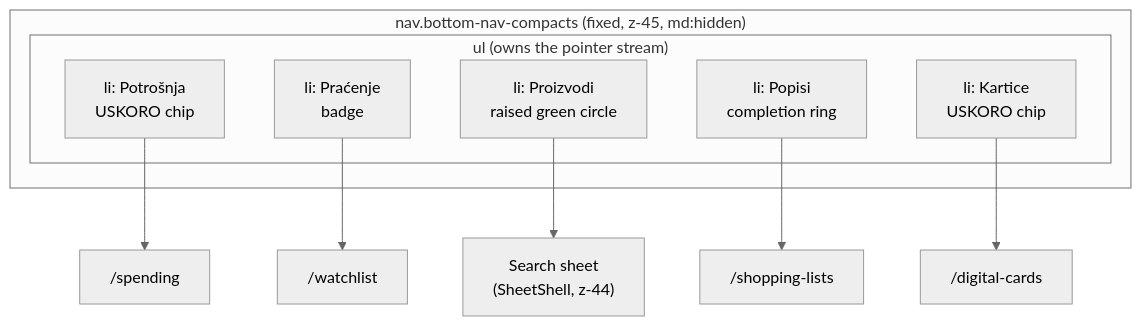
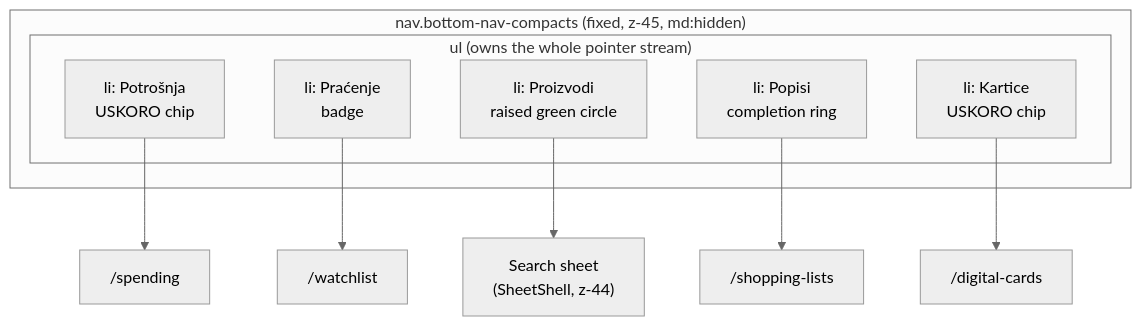
Before and after one commit to OffCrazyFreak/Disscount: the first of 4 diagrams in docs/MOBILE-NAV.md, drawn with Mermaid (neutral theme). The commit also changed other lines of this file, not shown here.

````diff
--- a/docs/MOBILE-NAV.md
+++ b/docs/MOBILE-NAV.md
@@ -69,18 +75,18 @@
 ```mermaid
 flowchart TB
     subgraph nav["nav.bottom-nav-compacts (fixed, z-45, md:hidden)"]
-        subgraph ul["ul (owns the pointer stream)"]
+        subgraph ul["ul (owns the whole pointer stream)"]
             c1["li: Potrošnja<br/>USKORO chip"]
             c2["li: Praćenje<br/>badge"]
             c3["li: Proizvodi<br/>raised green circle"]
             c4["li: Popisi<br/>completion ring"]
             c5["li: Kartice<br/>USKORO chip"]
         end
     end
 
     c1 --> spending["/spending"]
     c2 --> watchlist["/watchlist"]
     c3 --> sheet["Search sheet<br/>(SheetShell, z-44)"]
     c4 --> lists["/shopping-lists"]
     c5 --> cards["/digital-cards"]
 ```
````
